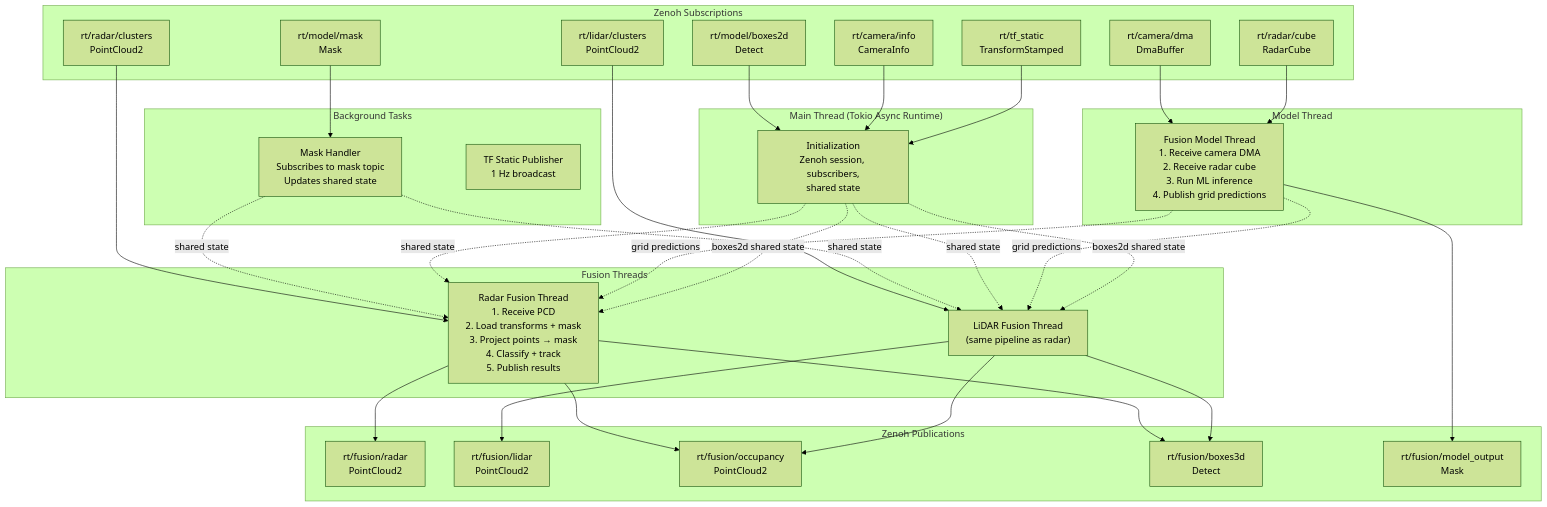
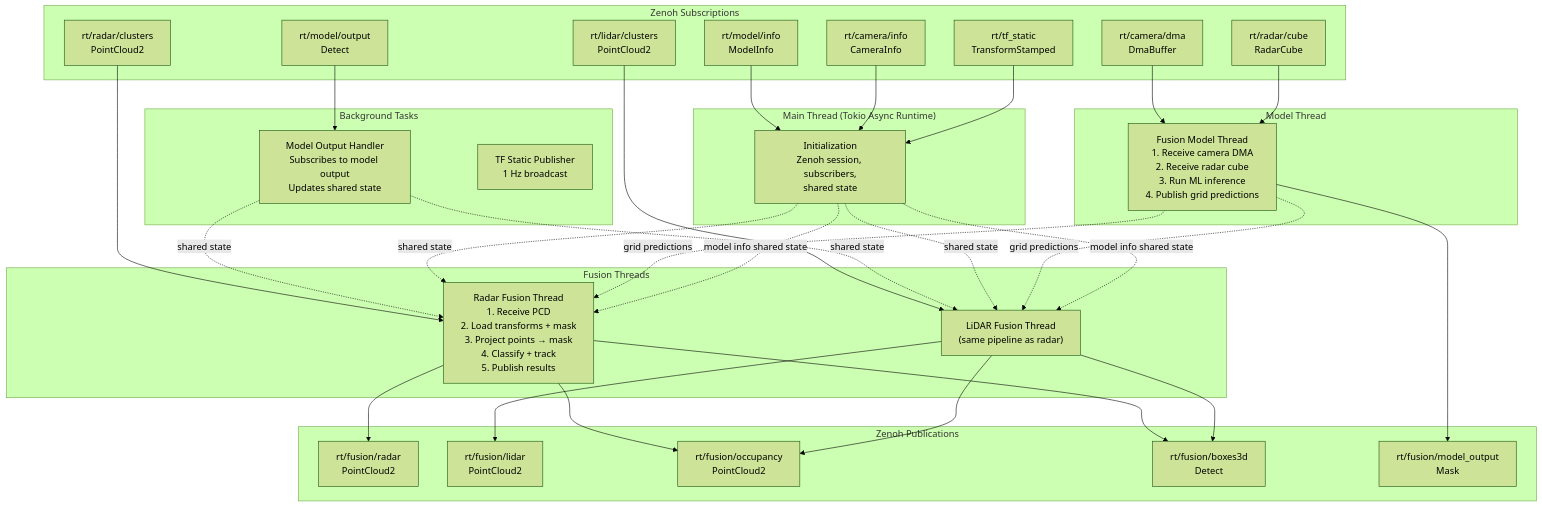
Before and after one commit to EdgeFirstAI/fusion: the first of 2 diagrams in ARCHITECTURE.md, drawn with Mermaid (forest theme). The commit also changed other lines of this file and 6 other files, not shown here.

````diff
--- a/ARCHITECTURE.md
+++ b/ARCHITECTURE.md
@@ -27,65 +27,65 @@
 ```mermaid
 graph TB
     subgraph "Zenoh Subscriptions"
         RadarSub["rt/radar/clusters<br/>PointCloud2"]
         LidarSub["rt/lidar/clusters<br/>PointCloud2"]
         CameraSub["rt/camera/dma<br/>DmaBuffer"]
-        MaskSub["rt/model/mask<br/>Mask"]
+        ModelSub["rt/model/output<br/>Detect"]
         InfoSub["rt/camera/info<br/>CameraInfo"]
         TFSub["rt/tf_static<br/>TransformStamped"]
         CubeSub["rt/radar/cube<br/>RadarCube"]
-        Boxes2dSub["rt/model/boxes2d<br/>Detect"]
+        ModelInfoSub["rt/model/info<br/>ModelInfo"]
     end
 
     subgraph "Main Thread (Tokio Async Runtime)"
         Init["Initialization<br/>Zenoh session, subscribers,<br/>shared state"]
     end
 
     subgraph "Fusion Threads"
         RadarThread["Radar Fusion Thread<br/>1. Receive PCD<br/>2. Load transforms + mask<br/>3. Project points → mask<br/>4. Classify + track<br/>5. Publish results"]
         LidarThread["LiDAR Fusion Thread<br/>(same pipeline as radar)"]
     end
 
     subgraph "Model Thread"
         ModelThread["Fusion Model Thread<br/>1. Receive camera DMA<br/>2. Receive radar cube<br/>3. Run ML inference<br/>4. Publish grid predictions"]
     end
 
     subgraph "Background Tasks"
-        MaskTask["Mask Handler<br/>Subscribes to mask topic<br/>Updates shared state"]
+        ModelTask["Model Output Handler<br/>Subscribes to model output<br/>Updates shared state"]
         TFTask["TF Static Publisher<br/>1 Hz broadcast"]
     end
 
     subgraph "Zenoh Publications"
         RadarOut["rt/fusion/radar<br/>PointCloud2"]
         LidarOut["rt/fusion/lidar<br/>PointCloud2"]
         GridOut["rt/fusion/occupancy<br/>PointCloud2"]
         BBoxOut["rt/fusion/boxes3d<br/>Detect"]
         ModelOut["rt/fusion/model_output<br/>Mask"]
     end
 
     RadarSub --> RadarThread
     LidarSub --> LidarThread
     CameraSub --> ModelThread
     CubeSub --> ModelThread
-    MaskSub --> MaskTask
-    Boxes2dSub --> Init
+    ModelSub --> ModelTask
+    ModelInfoSub --> Init
     InfoSub --> Init
     TFSub --> Init
 
     RadarThread --> RadarOut
     RadarThread --> GridOut
     RadarThread --> BBoxOut
     LidarThread --> LidarOut
     LidarThread --> GridOut
     LidarThread --> BBoxOut
     ModelThread --> ModelOut
 
-    MaskTask -.->|"shared state"| RadarThread
-    MaskTask -.->|"shared state"| LidarThread
+    ModelTask -.->|"shared state"| RadarThread
+    ModelTask -.->|"shared state"| LidarThread
     Init -.->|"shared state"| RadarThread
     Init -.->|"shared state"| LidarThread
     ModelThread -.->|"grid predictions"| RadarThread
     ModelThread -.->|"grid predictions"| LidarThread
-    Init -.->|"boxes2d shared state"| RadarThread
-    Init -.->|"boxes2d shared state"| LidarThread
+    Init -.->|"model info shared state"| RadarThread
+    Init -.->|"model info shared state"| LidarThread
 ```
````
